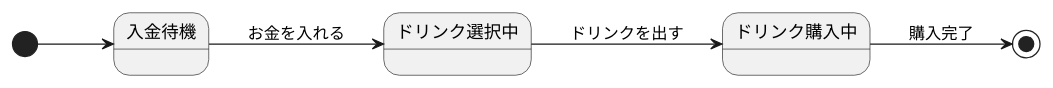
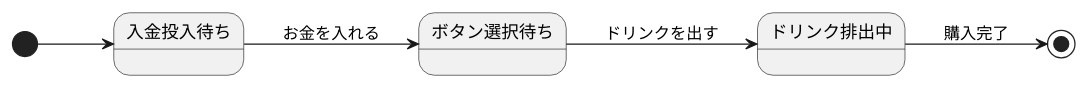
The diagram in 演習6-4-5_ステートマシン図_自動販売機.pu (kikuchihibiki/uml-introduction), drawn with PlantUML before and after one commit.

Commit message:
演習

```diff
--- a/演習6-4-5_ステートマシン図_自動販売機.pu
+++ b/演習6-4-5_ステートマシン図_自動販売機.pu
@@ -1,7 +1,7 @@
 @startuml
 left to right direction
-[*] --> 入金待機
-入金待機--> ドリンク選択中: お金を入れる
-ドリンク選択中--> ドリンク購入中: ドリンクを出す
-ドリンク購入中--> [*] : 購入完了 
+[*] --> 入金投入待ち
+入金投入待ち--> ボタン選択待ち: お金を入れる
+ボタン選択待ち--> ドリンク排出中: ドリンクを出す
+ドリンク排出中--> [*] : 購入完了 
 @enduml
```
